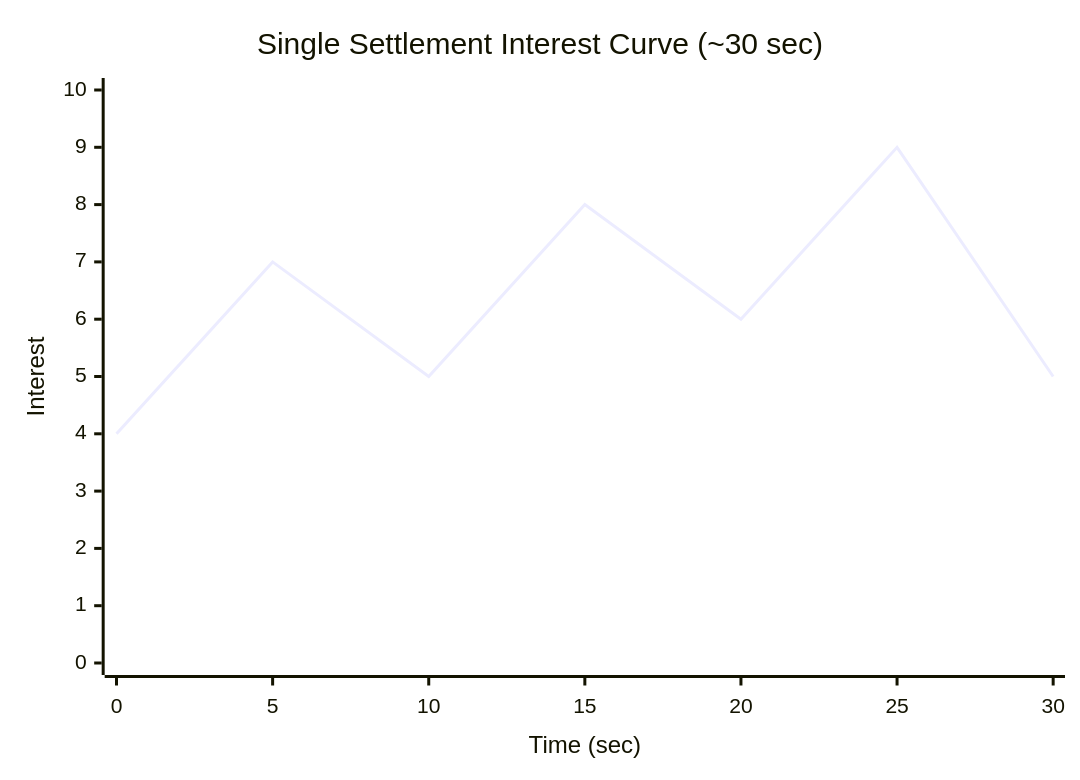
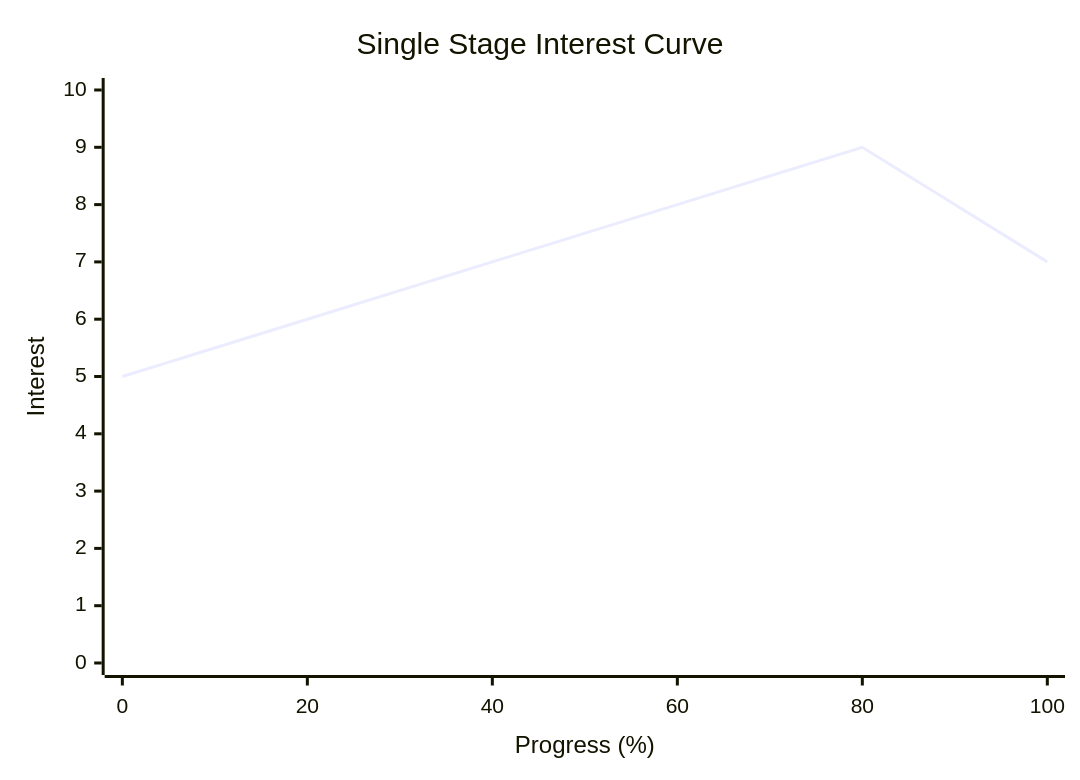
Before and after one commit to shuuter-web/game-studio: the first of 2 diagrams in docs/gdd/dragon-tide.md, drawn with Mermaid. The commit also changed other lines of this file, not shown here.

````diff
--- a/docs/gdd/dragon-tide.md
+++ b/docs/gdd/dragon-tide.md
@@ -252,7 +195,7 @@
 ```mermaid
 xychart-beta
-    title "Single Settlement Interest Curve (~30 sec)"
-    x-axis "Time (sec)" [0, 5, 10, 15, 20, 25, 30]
+    title "Single Stage Interest Curve"
+    x-axis "Progress (%)" [0, 20, 40, 60, 80, 100]
     y-axis "Interest" 0 --> 10
-    line [4, 7, 5, 8, 6, 9, 5]
+    line [5, 6, 7, 8, 9, 7]
 ```
````
